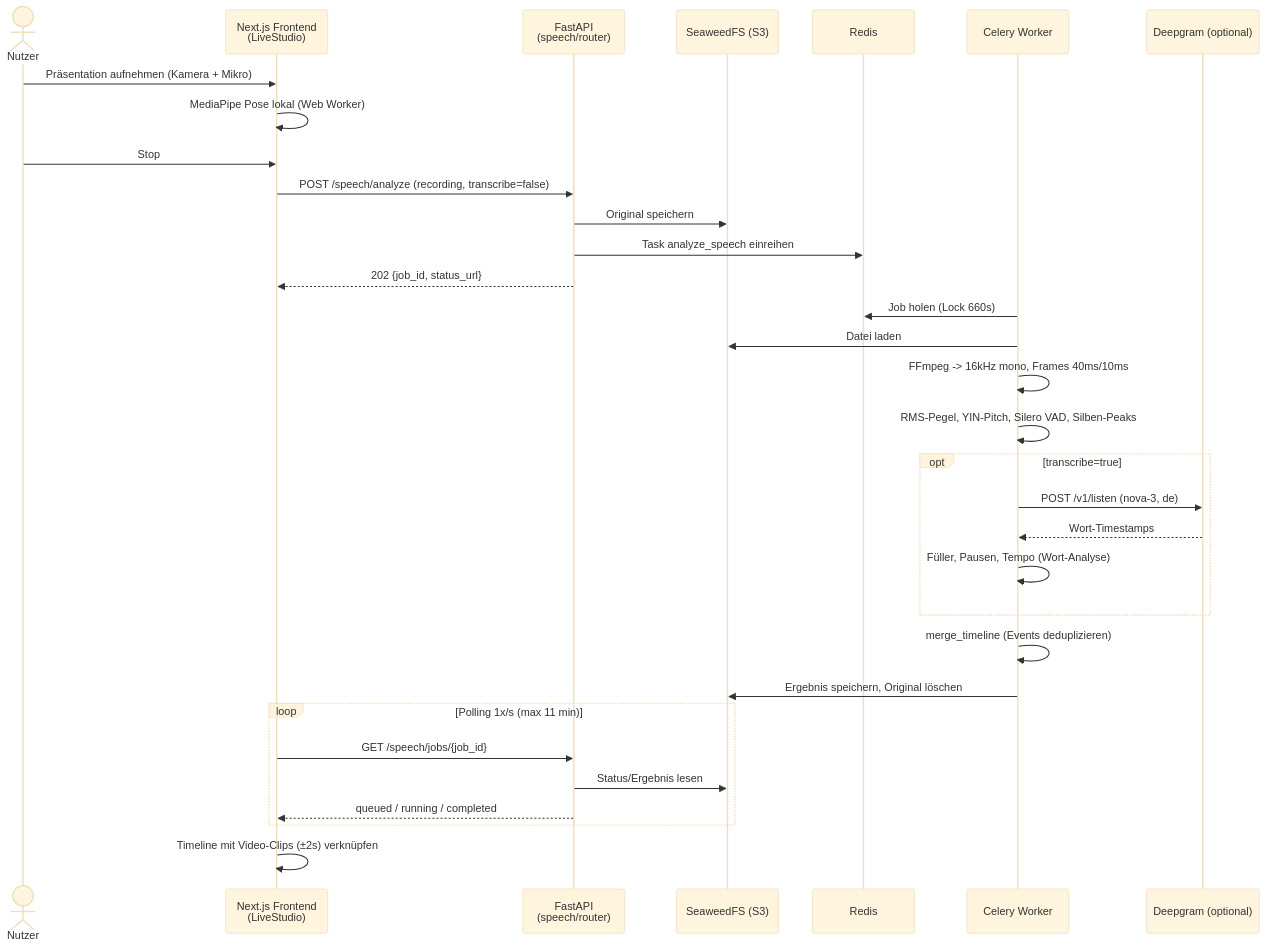
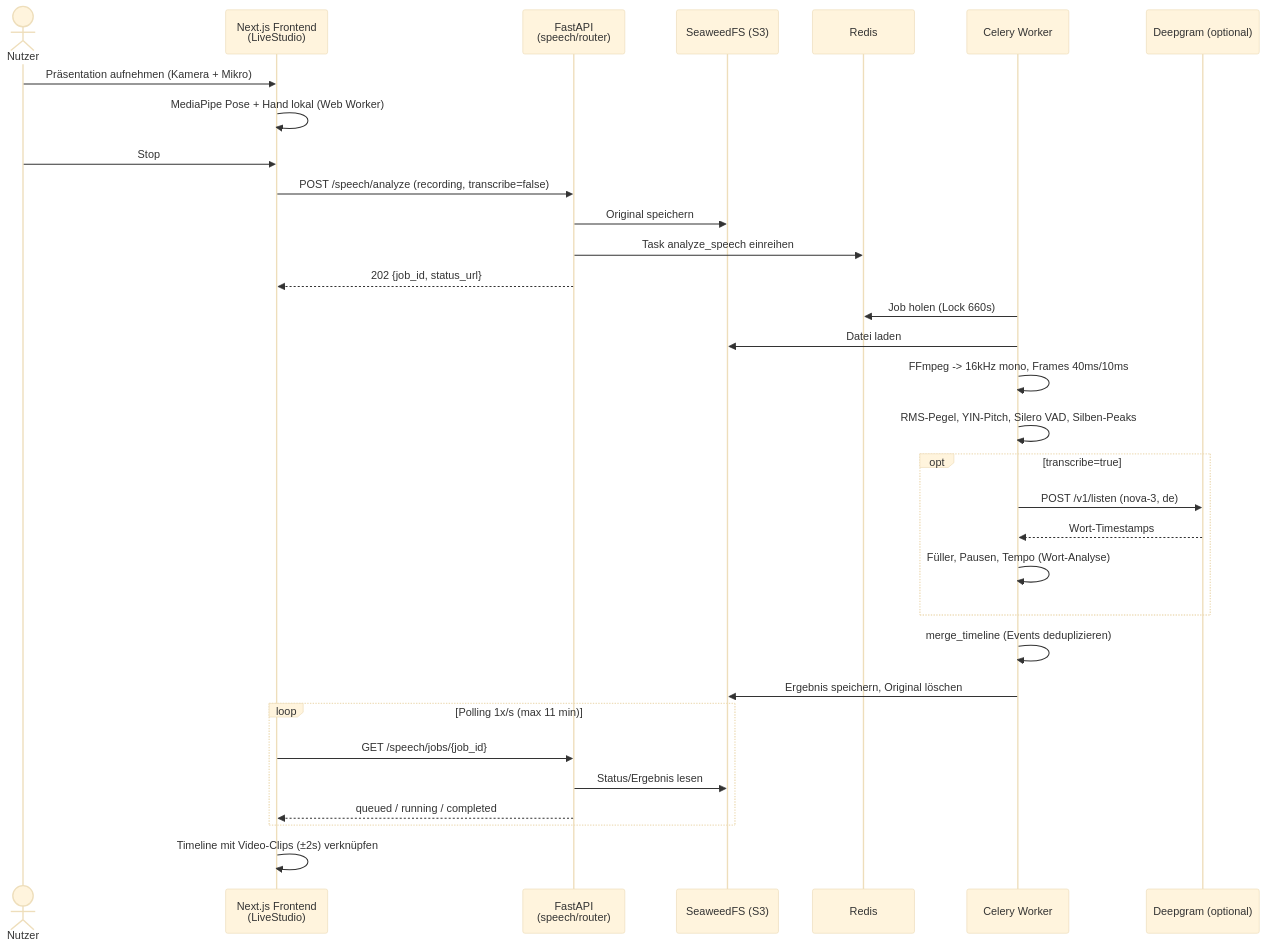
One commit to johannes3502/hackathon-fulda changed the third of 9 diagrams in docs/03-architecture.md. Above: the diagram before and after it, drawn with Mermaid (base theme). The commit also changed other lines of this file and 13 other files, not shown here.

Commit message:
Add hand landmarker pocket check and single pose status view

````diff
--- a/docs/03-architecture.md
+++ b/docs/03-architecture.md
@@ -109,37 +109,37 @@
 ```mermaid
 sequenceDiagram
     actor U as Nutzer
     participant FE as Next.js Frontend<br/>(LiveStudio)
     participant BE as FastAPI<br/>(speech/router)
     participant S3 as SeaweedFS (S3)
     participant R as Redis
     participant W as Celery Worker
     participant DG as Deepgram (optional)
 
     U->>FE: Präsentation aufnehmen (Kamera + Mikro)
-    FE->>FE: MediaPipe Pose lokal (Web Worker)
+    FE->>FE: MediaPipe Pose + Hand lokal (Web Worker)
     U->>FE: Stop
     FE->>BE: POST /speech/analyze (recording, transcribe=false)
     BE->>S3: Original speichern
     BE->>R: Task analyze_speech einreihen
     BE-->>FE: 202 {job_id, status_url}
 
     W->>R: Job holen (Lock 660s)
     W->>S3: Datei laden
     W->>W: FFmpeg -> 16kHz mono, Frames 40ms/10ms
     W->>W: RMS-Pegel, YIN-Pitch, Silero VAD, Silben-Peaks
     opt transcribe=true
         W->>DG: POST /v1/listen (nova-3, de)
         DG-->>W: Wort-Timestamps
         W->>W: Füller, Pausen, Tempo (Wort-Analyse)
     end
     W->>W: merge_timeline (Events deduplizieren)
     W->>S3: Ergebnis speichern, Original löschen
 
     loop Polling 1x/s (max 11 min)
         FE->>BE: GET /speech/jobs/{job_id}
         BE->>S3: Status/Ergebnis lesen
         BE-->>FE: queued / running / completed
     end
     FE->>FE: Timeline mit Video-Clips (±2s) verknüpfen
 ```
````
